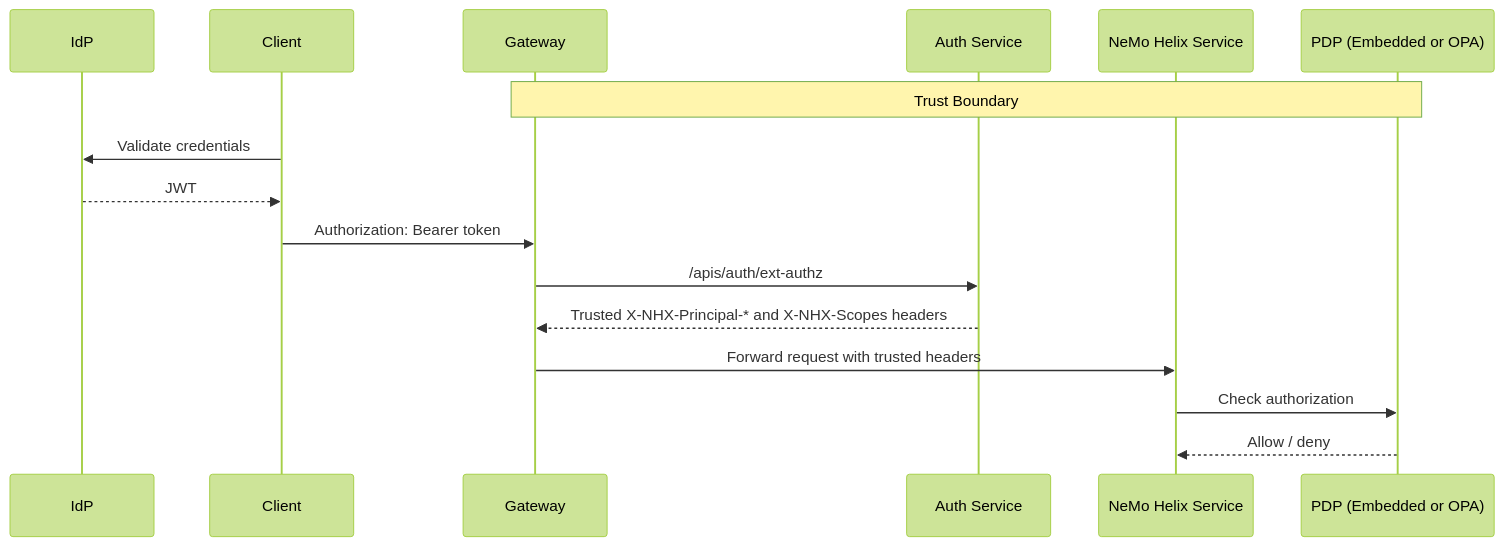
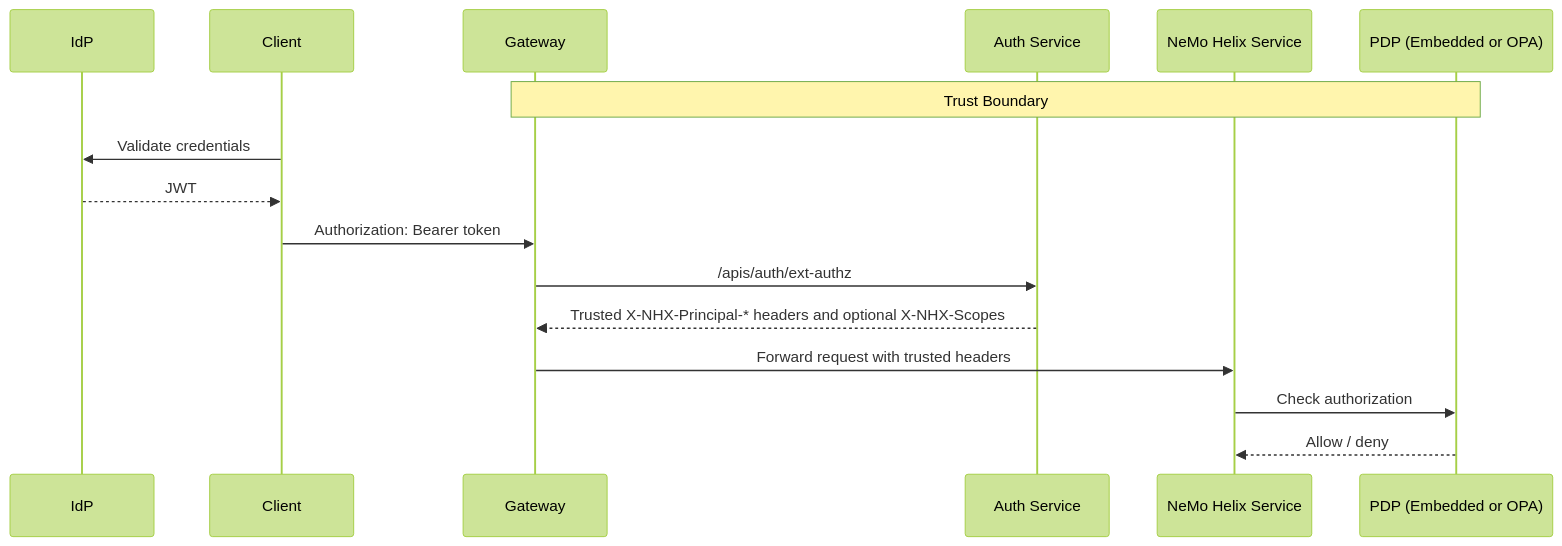
Before and after one commit to NVIDIA-NeMo/nemo-helix: the diagram in docs/auth/security-model.mdx, drawn with Mermaid (forest theme). The commit also changed other lines of this file and 18 other files, not shown here.

````diff
--- a/docs/auth/security-model.mdx
+++ b/docs/auth/security-model.mdx
@@ -14,20 +14,20 @@
 ```mermaid
 sequenceDiagram
     participant IdP
     participant Client
     participant Gateway
     participant Auth as Auth Service
     participant Service as NeMo Helix Service
     participant PDP as PDP (Embedded or OPA)
 
     Note over Gateway,PDP: Trust Boundary
 
     Client->>IdP: Validate credentials
     IdP-->>Client: JWT
     Client->>Gateway: Authorization: Bearer token
     Gateway->>Auth: /apis/auth/ext-authz
-    Auth-->>Gateway: Trusted X-NHX-Principal-* and X-NHX-Scopes headers
+    Auth-->>Gateway: Trusted X-NHX-Principal-* headers and optional X-NHX-Scopes
     Gateway->>Service: Forward request with trusted headers
     Service->>PDP: Check authorization
     PDP-->>Service: Allow / deny
 ```
````
